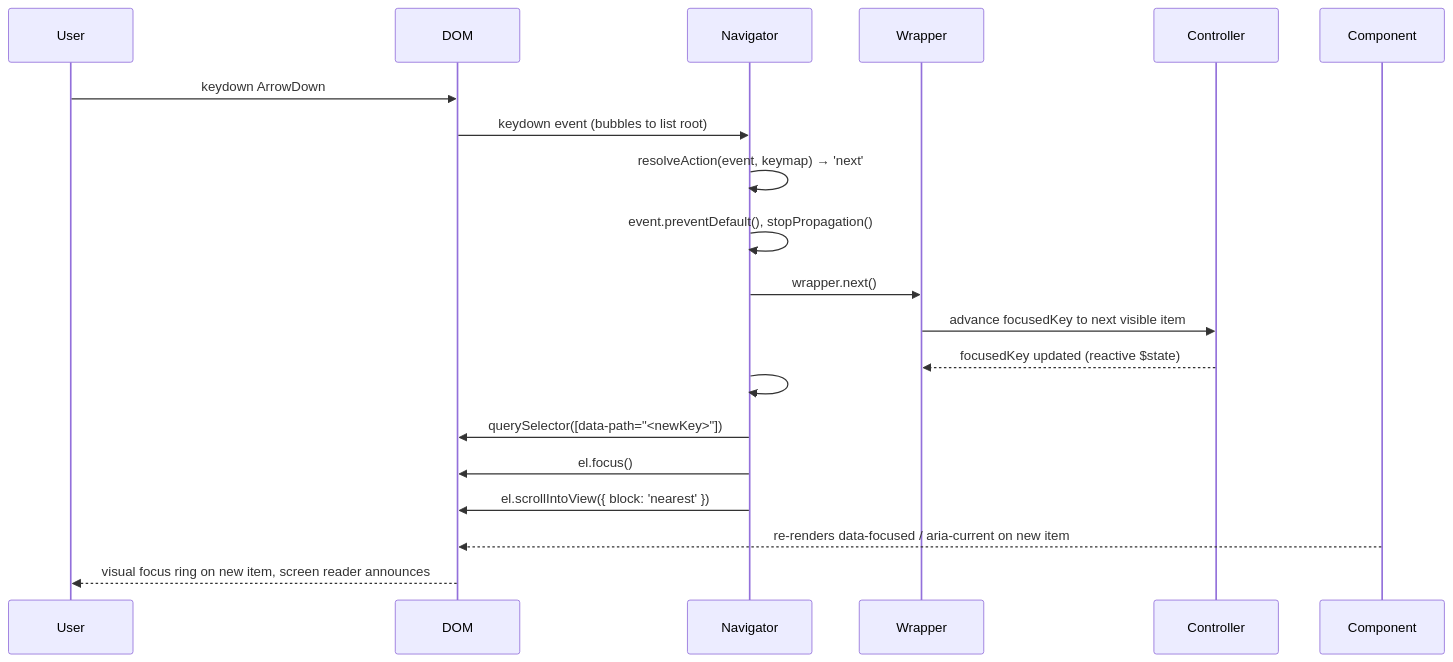
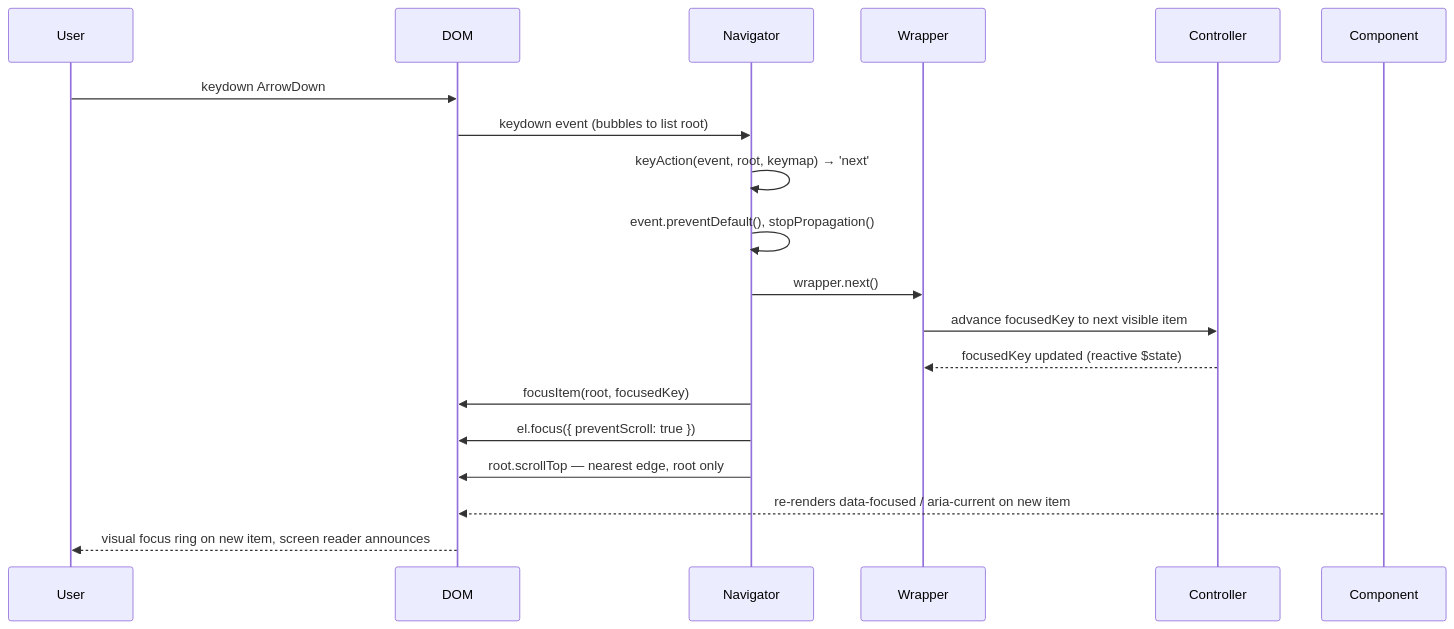
The second of 2 diagrams in docs/design/04-actions.md (jerrythomas/rokkit), drawn with Mermaid before and after one commit. The commit also changed other lines of this file and 2 other files, not shown here.

First line of the commit message:
docs: the Navigator is wiring over pure parts — actions design doc; re-measured

````diff
--- a/docs/design/04-actions.md
+++ b/docs/design/04-actions.md
@@ -136,23 +136,22 @@
 ```mermaid
 sequenceDiagram
     participant User
     participant DOM
     participant Navigator
     participant Wrapper
     participant Controller
     participant Component
 
     User->>DOM: keydown ArrowDown
     DOM->>Navigator: keydown event (bubbles to list root)
-    Navigator->>Navigator: resolveAction(event, keymap) → 'next'
+    Navigator->>Navigator: keyAction(event, root, keymap) → 'next'
     Navigator->>Navigator: event.preventDefault(), stopPropagation()
     Navigator->>Wrapper: wrapper.next()
     Wrapper->>Controller: advance focusedKey to next visible item
     Controller-->>Wrapper: focusedKey updated (reactive $state)
-    Navigator->>Navigator: #syncFocus()
-    Navigator->>DOM: querySelector([data-path="<newKey>"])
-    Navigator->>DOM: el.focus()
-    Navigator->>DOM: el.scrollIntoView({ block: 'nearest' })
+    Navigator->>DOM: focusItem(root, focusedKey)
+    Navigator->>DOM: el.focus({ preventScroll: true })
+    Navigator->>DOM: root.scrollTop — nearest edge, root only
     Component-->>DOM: re-renders data-focused / aria-current on new item
     DOM-->>User: visual focus ring on new item, screen reader announces
 ```
````
